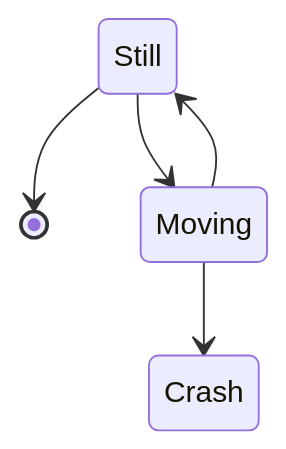
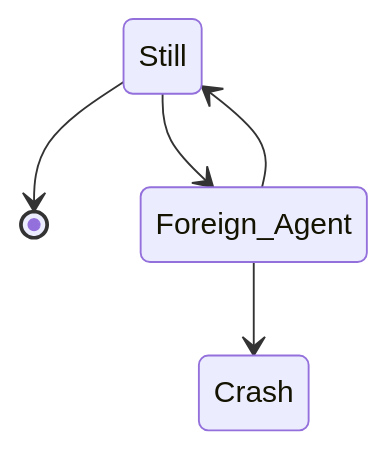
Before and after one commit to juakali-networks/mip: the second of 2 diagrams in README.md, drawn with Mermaid. The commit also changed 1 other file, not shown here.

Commit message:
Added diagram to ReadMe

````diff
--- a/README.md
+++ b/README.md
@@ -37,8 +37,8 @@
 ```mermaid
 stateDiagram
     Still --> [*]
 
-    Still --> Moving
-    Moving --> Still
-    Moving --> Crash
+    Still --> Foreign_Agent
+    Foreign_Agent --> Still
+    Foreign_Agent --> Crash
 ```
````
